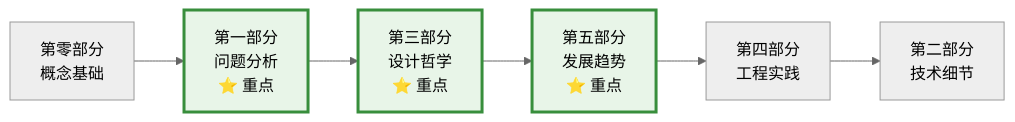
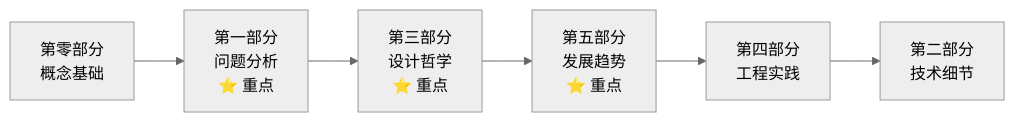
The fifth of 7 diagrams in 前言部分/如何使用本书.md (youyoude/agi-app-dev-guide-book), drawn with Mermaid (neutral theme) before and after one commit. The commit also changed other lines of this file and 4 other files, not shown here.

````diff
--- a/前言部分/如何使用本书.md
+++ b/前言部分/如何使用本书.md
@@ -200,11 +181,9 @@
 ```mermaid
 graph LR
     A[第零部分<br/>概念基础] --> B[第一部分<br/>问题分析<br/>⭐ 重点]
     B --> C[第三部分<br/>设计哲学<br/>⭐ 重点]
     C --> D[第五部分<br/>发展趋势<br/>⭐ 重点]
     D --> E[第四部分<br/>工程实践]
     E --> F[第二部分<br/>技术细节]
     
-    classDef important fill:#e8f5e8,stroke:#388e3c,stroke-width:3px
-    class B,C,D important
 ```
````
